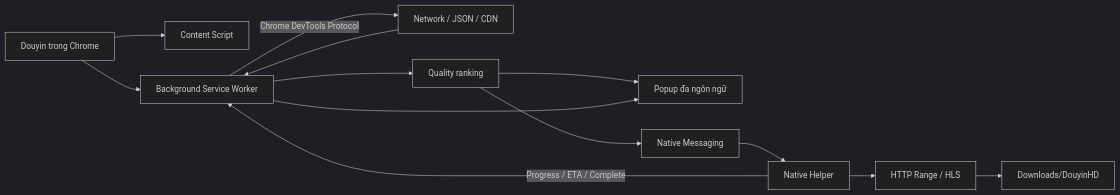
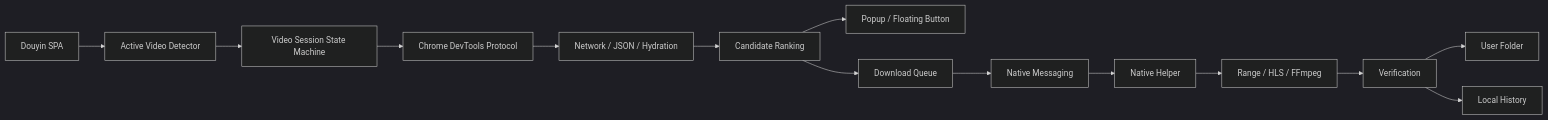
The diagram in README.md (binkadev/douyin-hd-pro), drawn with Mermaid (dark theme) before and after one commit. The commit also changed other lines of this file and 41 other files, not shown here.

````diff
--- a/README.md
+++ b/README.md
@@ -108,15 +218,16 @@
 ```mermaid
 flowchart LR
-    A[Douyin trong Chrome] --> B[Content Script]
-    A --> C[Background Service Worker]
-    C -->|Chrome DevTools Protocol| D[Network / JSON / CDN]
-    D --> C
-    C --> E[Quality ranking]
-    E --> F[Popup đa ngôn ngữ]
-    E --> G[Native Messaging]
-    G --> H[Native Helper]
-    H --> I[HTTP Range / HLS]
-    I --> J[Downloads/DouyinHD]
-    H -->|Progress / ETA / Complete| C
-    C --> F
+    A[Douyin SPA] --> B[Active Video Detector]
+    B --> C[Video Session State Machine]
+    C --> D[Chrome DevTools Protocol]
+    D --> E[Network / JSON / Hydration]
+    E --> F[Candidate Ranking]
+    F --> G[Popup / Floating Button]
+    F --> H[Download Queue]
+    H --> I[Native Messaging]
+    I --> J[Native Helper]
+    J --> K[Range / HLS / FFmpeg]
+    K --> L[Verification]
+    L --> M[User Folder]
+    L --> N[Local History]
 ```
````
